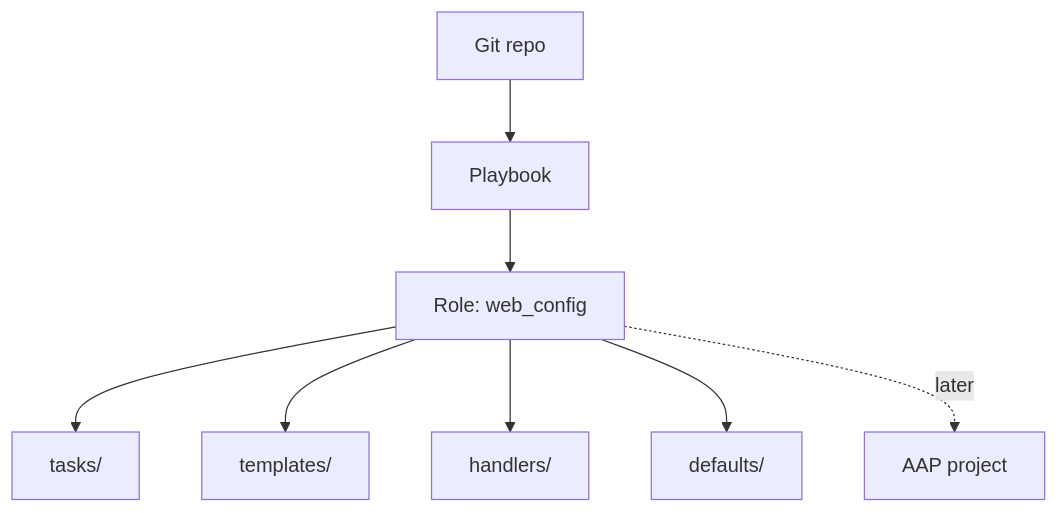
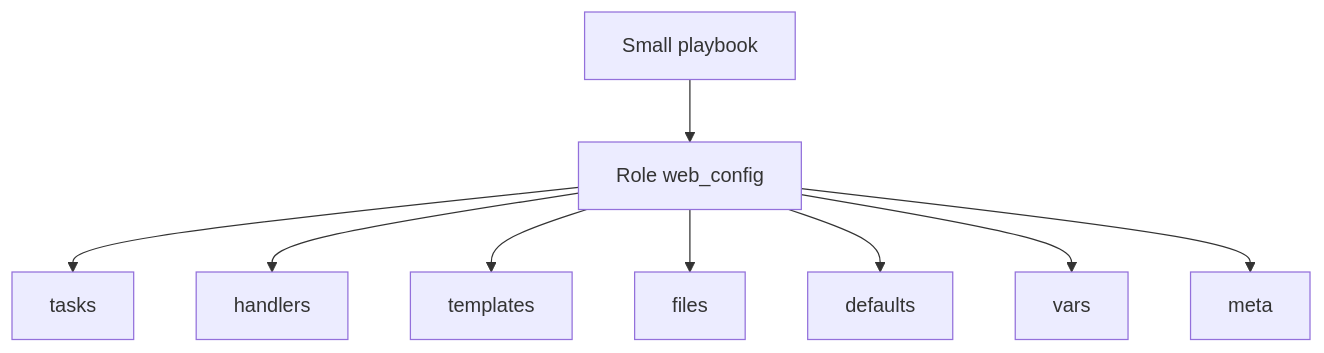
Before and after one commit to Ansible-workshop-ch/bootcamp: the second of 4 diagrams in module06/roles-and-code-first.md, drawn with Mermaid. The commit also changed other lines of this file and 3 other files, not shown here.

````diff
--- a/module06/roles-and-code-first.md
+++ b/module06/roles-and-code-first.md
@@ -39,10 +100,12 @@
 ```mermaid
 flowchart TD
-    REPO[Git repo] --> PB[Playbook]
-    PB --> ROLE[Role: web_config]
-    ROLE --> T[tasks/]
-    ROLE --> TP[templates/]
-    ROLE --> H[handlers/]
-    ROLE --> D[defaults/]
-    ROLE -.later.-> AAP[AAP project]
+    PB[Small playbook] --> R[Role web_config]
+
+    R --> T[tasks]
+    R --> H[handlers]
+    R --> TP[templates]
+    R --> F[files]
+    R --> D[defaults]
+    R --> V[vars]
+    R --> M[meta]
 ```
````
